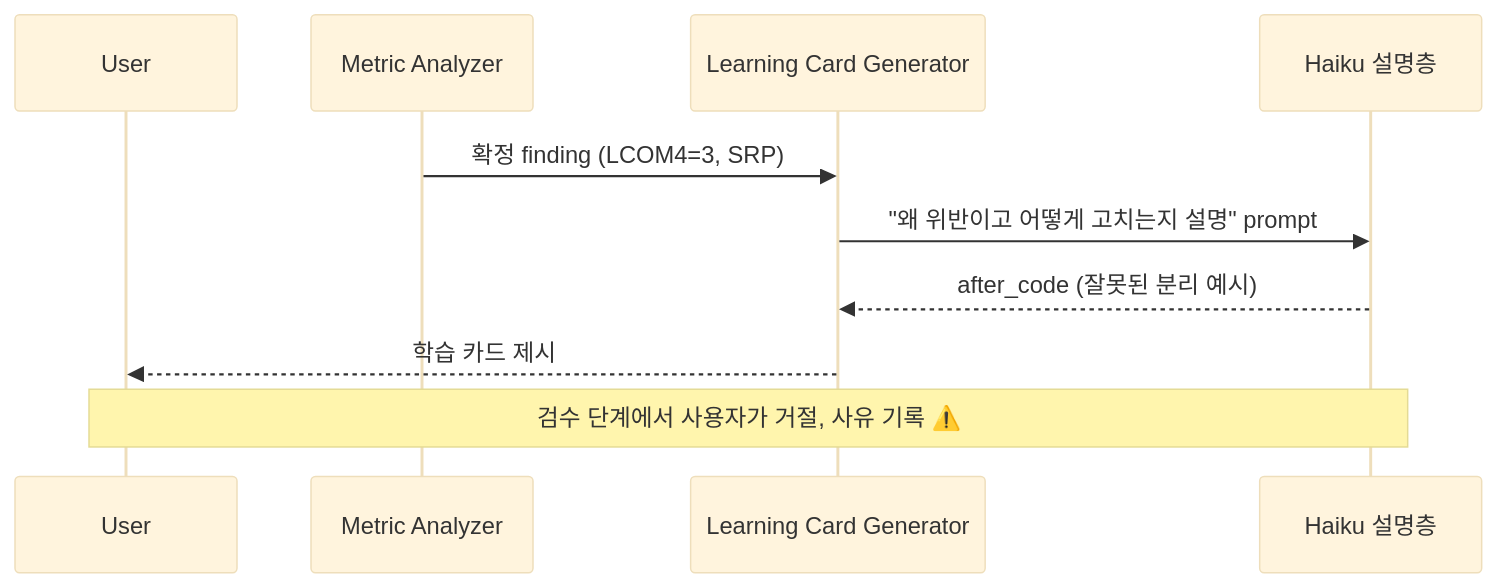
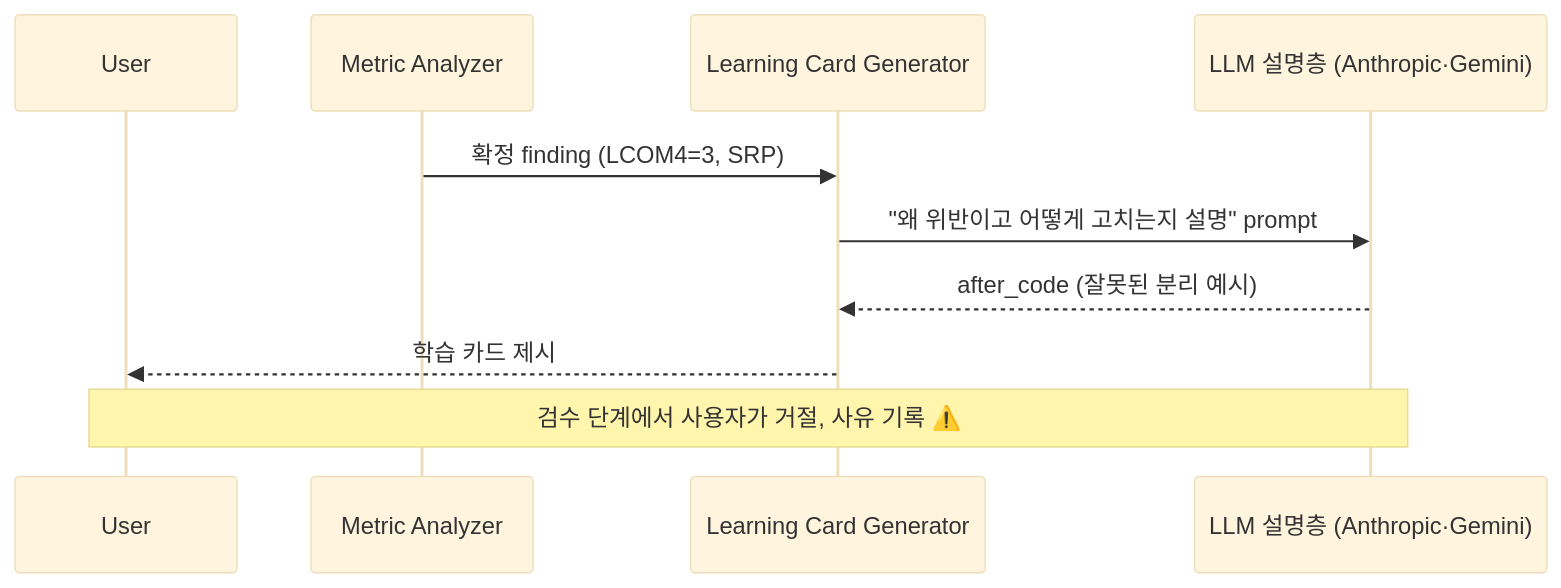
The third of 6 diagrams in docs/REQUIREMENTS.md (YujunOh/NaN-SE), drawn with Mermaid (base theme) before and after one commit. The commit also changed 11 other files, not shown here.

Commit message:
feat: 학습 카드 LLM provider 교체 가능 (Anthropic/Gemini)

````diff
--- a/docs/REQUIREMENTS.md
+++ b/docs/REQUIREMENTS.md
@@ -147,13 +147,13 @@
 ```mermaid
 sequenceDiagram
     participant U as User
     participant MA as Metric Analyzer
     participant LC as Learning Card Generator
-    participant LLM as Haiku 설명층
+    participant LLM as LLM 설명층 (Anthropic·Gemini)
 
     MA->>LC: 확정 finding (LCOM4=3, SRP)
     LC->>LLM: "왜 위반이고 어떻게 고치는지 설명" prompt
     LLM-->>LC: after_code (잘못된 분리 예시)
     LC-->>U: 학습 카드 제시
     Note over U,LLM: 검수 단계에서 사용자가 거절, 사유 기록 ⚠️
 ```
````
